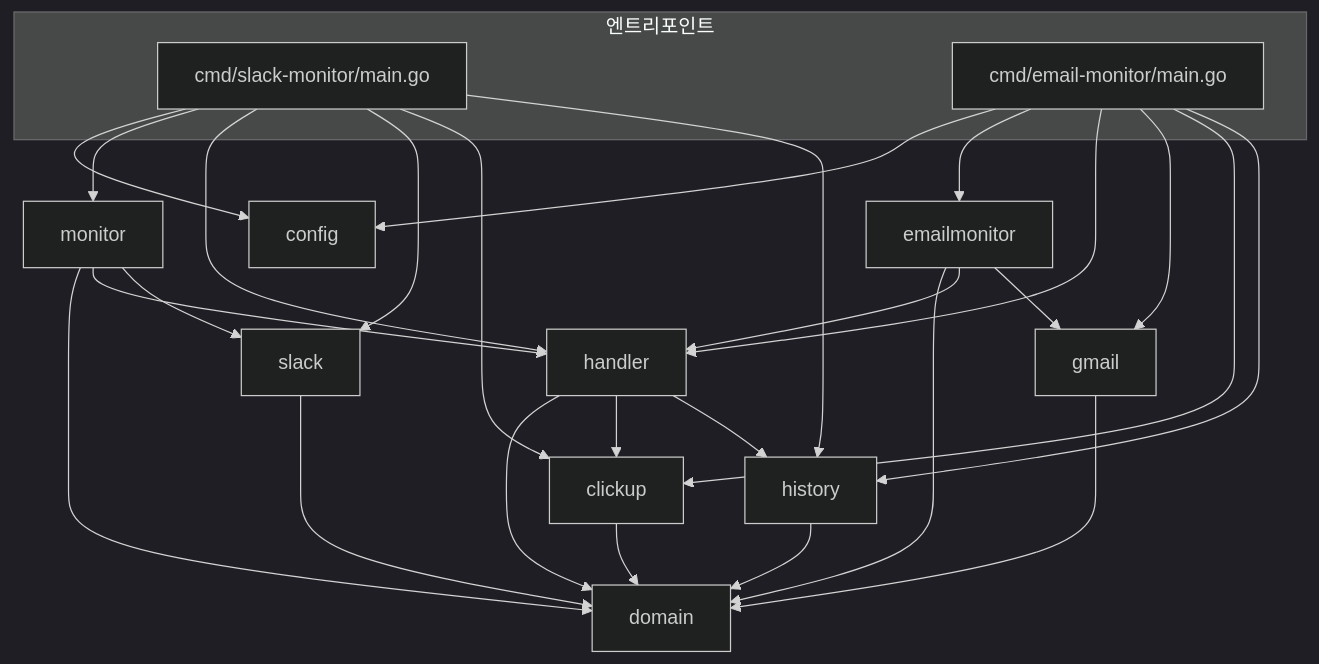
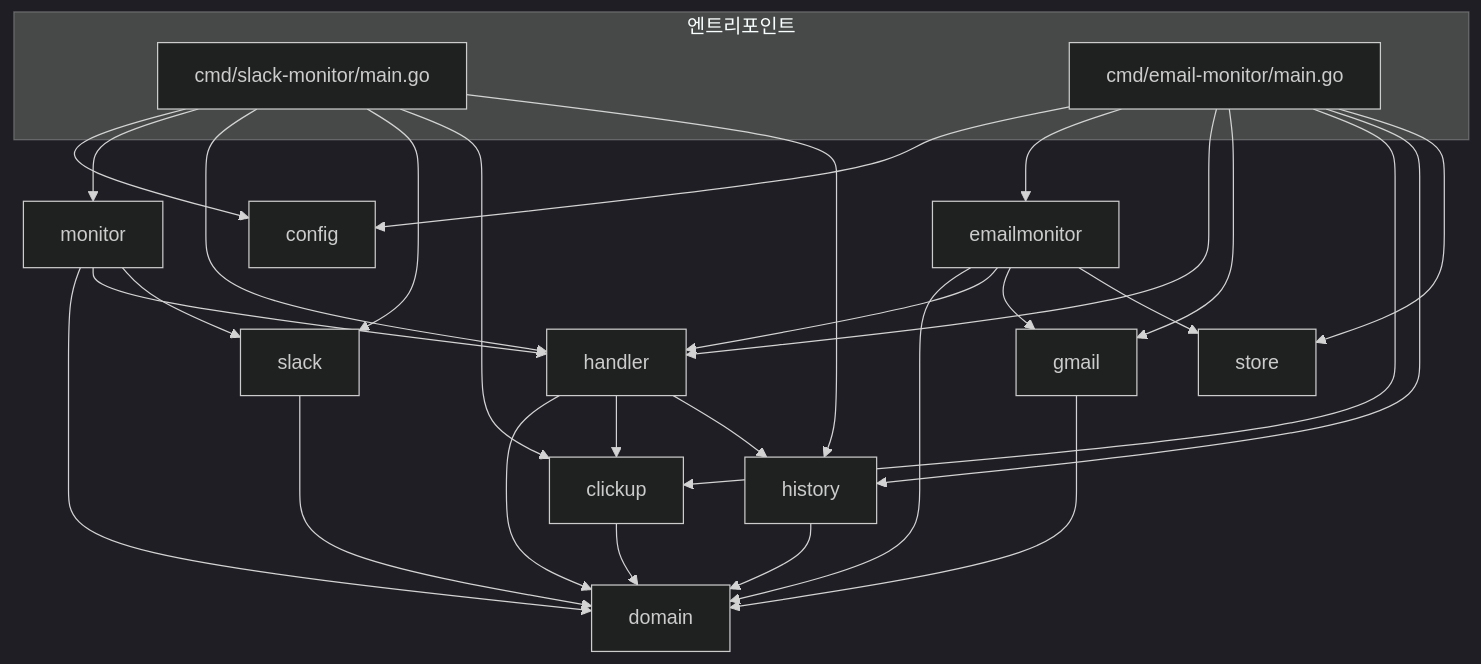
Before and after one commit to zime78/Slickwebhook: the ninth of 9 diagrams in docs/ARCHITECTURE.md, drawn with Mermaid (dark theme). The commit also changed other lines of this file and 3 other files, not shown here.

````diff
--- a/docs/ARCHITECTURE.md
+++ b/docs/ARCHITECTURE.md
@@ -319,39 +369,41 @@
 ```mermaid
 flowchart TD
     subgraph Entrypoints["엔트리포인트"]
         SLACK_MAIN["cmd/slack-monitor/main.go"]
         EMAIL_MAIN["cmd/email-monitor/main.go"]
     end
 
     SLACK_MAIN --> CONFIG["config"]
     EMAIL_MAIN --> CONFIG
 
     SLACK_MAIN --> MONITOR["monitor"]
     SLACK_MAIN --> HANDLER["handler"]
     SLACK_MAIN --> SLACK["slack"]
     SLACK_MAIN --> CLICKUP["clickup"]
     SLACK_MAIN --> HISTORY["history"]
 
     EMAIL_MAIN --> EMAIL_MONITOR["emailmonitor"]
     EMAIL_MAIN --> HANDLER
     EMAIL_MAIN --> GMAIL["gmail"]
     EMAIL_MAIN --> CLICKUP
     EMAIL_MAIN --> HISTORY
+    EMAIL_MAIN --> STORE["store"]
 
     MONITOR --> DOMAIN["domain"]
     MONITOR --> HANDLER
     MONITOR --> SLACK
 
     EMAIL_MONITOR --> DOMAIN
     EMAIL_MONITOR --> HANDLER
     EMAIL_MONITOR --> GMAIL
+    EMAIL_MONITOR --> STORE
 
     HANDLER --> DOMAIN
     HANDLER --> CLICKUP
     HANDLER --> HISTORY
 
     SLACK --> DOMAIN
     GMAIL --> DOMAIN
     CLICKUP --> DOMAIN
     HISTORY --> DOMAIN
 ```
````
